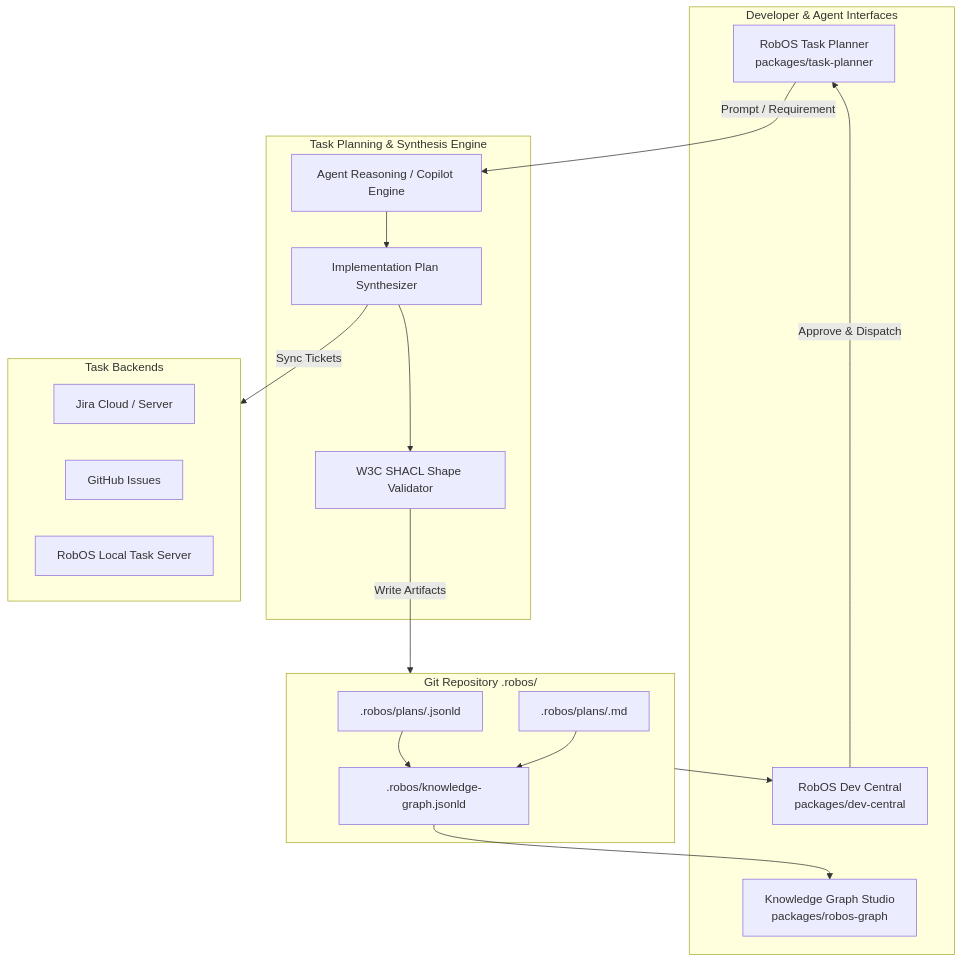
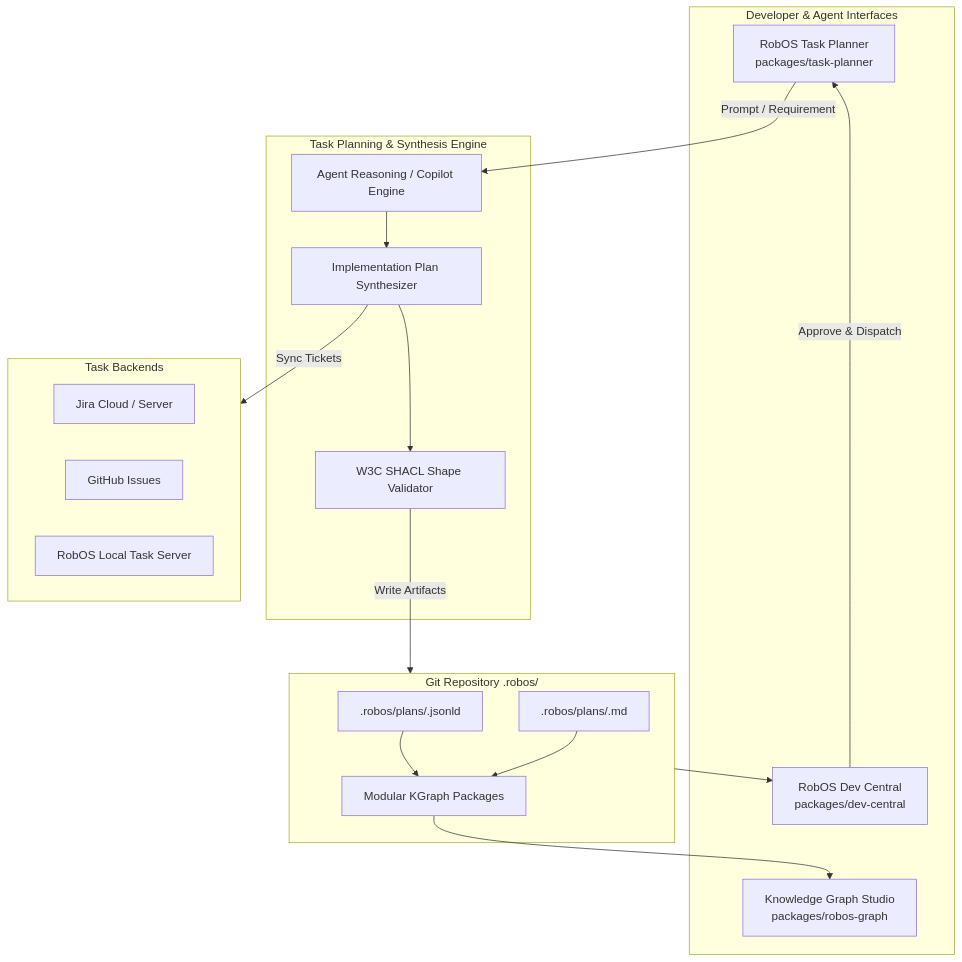
One commit to nddipiazza/robos changed the diagram in docs/ideas/specs/ai-generated-implementation-plan.md. Above: the diagram before and after it, drawn with Mermaid. The commit also changed other lines of this file and 34 other files, not shown here.

Commit message:
docs: abstract raw knowledge-graph.jsonld references to Modular KGraph Packages

````diff
--- a/docs/ideas/specs/ai-generated-implementation-plan.md
+++ b/docs/ideas/specs/ai-generated-implementation-plan.md
@@ -78,37 +78,37 @@
 ```mermaid
 graph TD
     subgraph UI [Developer & Agent Interfaces]
         TP[RobOS Task Planner<br/>packages/task-planner]
         DC[RobOS Dev Central<br/>packages/dev-central]
         GS[Knowledge Graph Studio<br/>packages/robos-graph]
     end
 
     subgraph PlannerEngine [Task Planning & Synthesis Engine]
         LLM[Agent Reasoning / Copilot Engine]
         SchemaGen[Implementation Plan Synthesizer]
         SHACLVal[W3C SHACL Shape Validator]
     end
 
     subgraph GitStore [Git Repository .robos/]
         PlanJSONLD[.robos/plans/<plan-id>.jsonld]
         PlanMD[.robos/plans/<plan-id>.md]
-        KGraph[.robos/knowledge-graph.jsonld]
+        KGraph[Modular KGraph Packages]
     end
 
     subgraph ExternalTrackers [Task Backends]
         Jira[Jira Cloud / Server]
         GH[GitHub Issues]
         Local[RobOS Local Task Server]
     end
 
     TP -->|Prompt / Requirement| LLM
     LLM --> SchemaGen
     SchemaGen --> SHACLVal
     SHACLVal -->|Write Artifacts| GitStore
     SchemaGen -->|Sync Tickets| ExternalTrackers
 
     PlanJSONLD & PlanMD --> KGraph
     KGraph --> GS
     GitStore --> DC
     DC -->|Approve & Dispatch| TP
 ```
````
